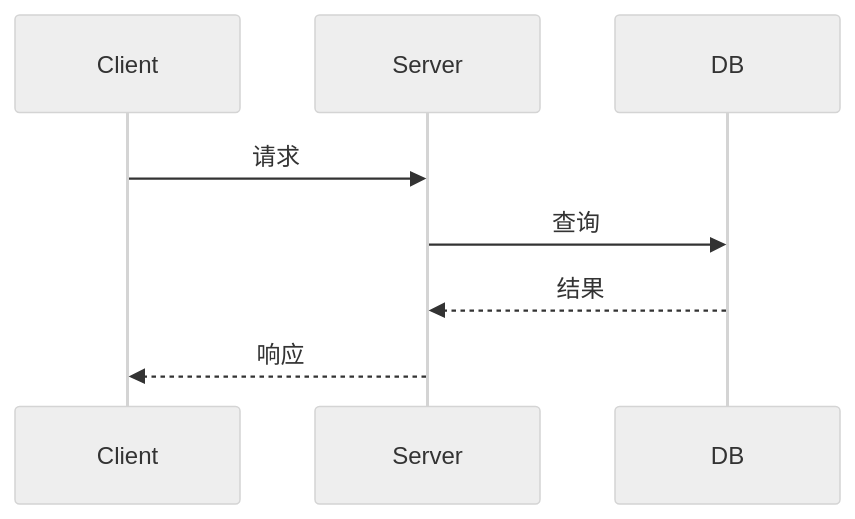
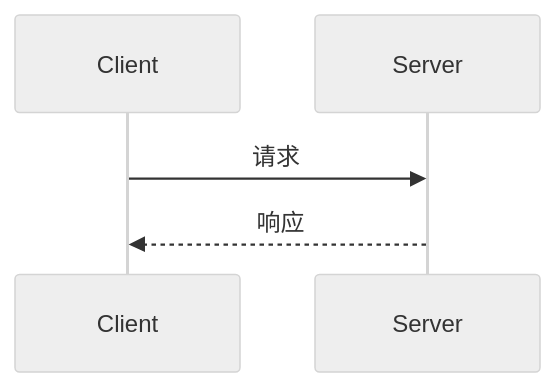
One commit to mengfanchun2017/skill changed the second of 3 diagrams in plugins/fdiagram/SKILL.md. Above: the diagram before and after it, drawn with Mermaid (neutral theme). The commit also changed other lines of this file, not shown here.

````diff
--- a/plugins/fdiagram/SKILL.md
+++ b/plugins/fdiagram/SKILL.md
@@ -46,7 +54,5 @@
 ```mermaid
 sequenceDiagram
   Client->>Server: 请求
-  Server->>DB: 查询
-  DB-->>Server: 结果
   Server-->>Client: 响应
 ```
````
